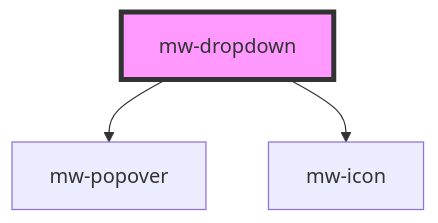
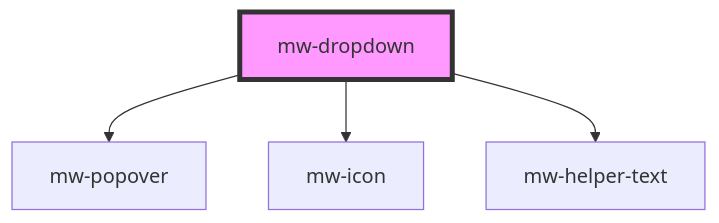
Before and after one commit to MaibornWolff/mwui: the diagram in mwui-stencil/src/components/mw-dropdown/readme.md, drawn with Mermaid. The commit also changed other lines of this file and 18 other files, not shown here.

````diff
--- a/mwui-stencil/src/components/mw-dropdown/readme.md
+++ b/mwui-stencil/src/components/mw-dropdown/readme.md
@@ -35,6 +36,7 @@
 ```mermaid
 graph TD;
   mw-dropdown --> mw-popover
   mw-dropdown --> mw-icon
+  mw-dropdown --> mw-helper-text
   style mw-dropdown fill:#f9f,stroke:#333,stroke-width:4px
 ```
````
